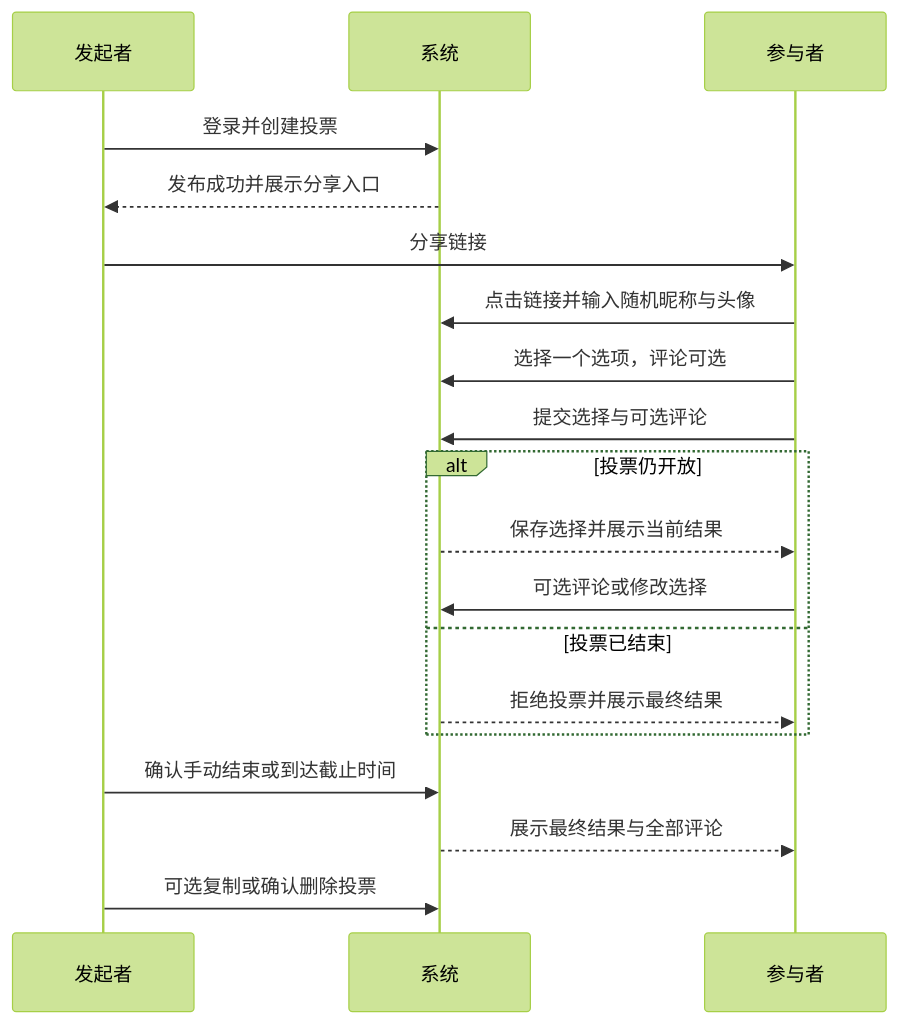
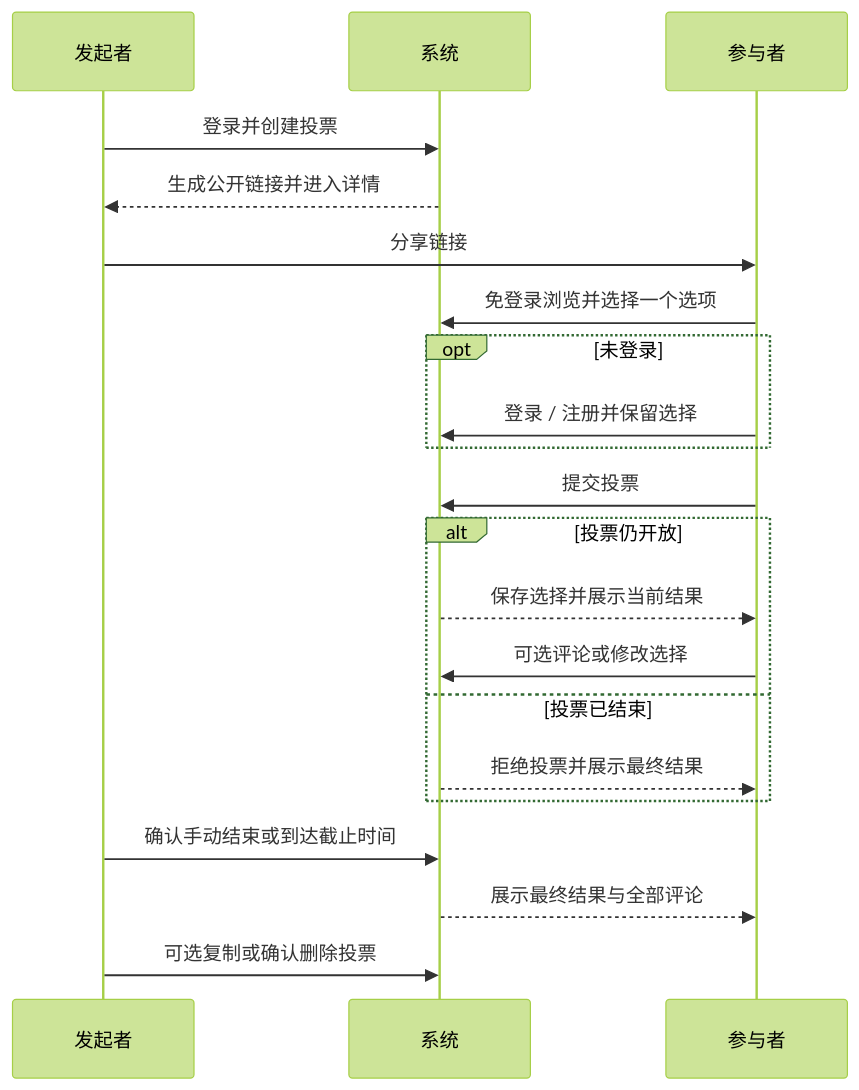
One commit to sd5913/The-Aliien-Repo changed the eighth of 8 diagrams in docs/UserFlow.md. Above: the diagram before and after it, drawn with Mermaid (forest theme). The commit also changed other lines of this file and 3 other files, not shown here.

````diff
--- a/docs/UserFlow.md
+++ b/docs/UserFlow.md
@@ -165,21 +210,23 @@
 ```mermaid
 sequenceDiagram
     participant O as 发起者
     participant S as 系统
     participant V as 参与者
     O->>S: 登录并创建投票
-    S-->>O: 发布成功并展示分享入口
+    S-->>O: 生成公开链接并进入详情
     O->>V: 分享链接
-    V->>S: 点击链接并输入随机昵称与头像
-    V->>S: 选择一个选项，评论可选
-    V->>S: 提交选择与可选评论
+    V->>S: 免登录浏览并选择一个选项
+    opt 未登录
+        V->>S: 登录 / 注册并保留选择
+    end
+    V->>S: 提交投票
     alt 投票仍开放
         S-->>V: 保存选择并展示当前结果
         V->>S: 可选评论或修改选择
     else 投票已结束
         S-->>V: 拒绝投票并展示最终结果
     end
     O->>S: 确认手动结束或到达截止时间
     S-->>V: 展示最终结果与全部评论
     O->>S: 可选复制或确认删除投票
 ```
````
